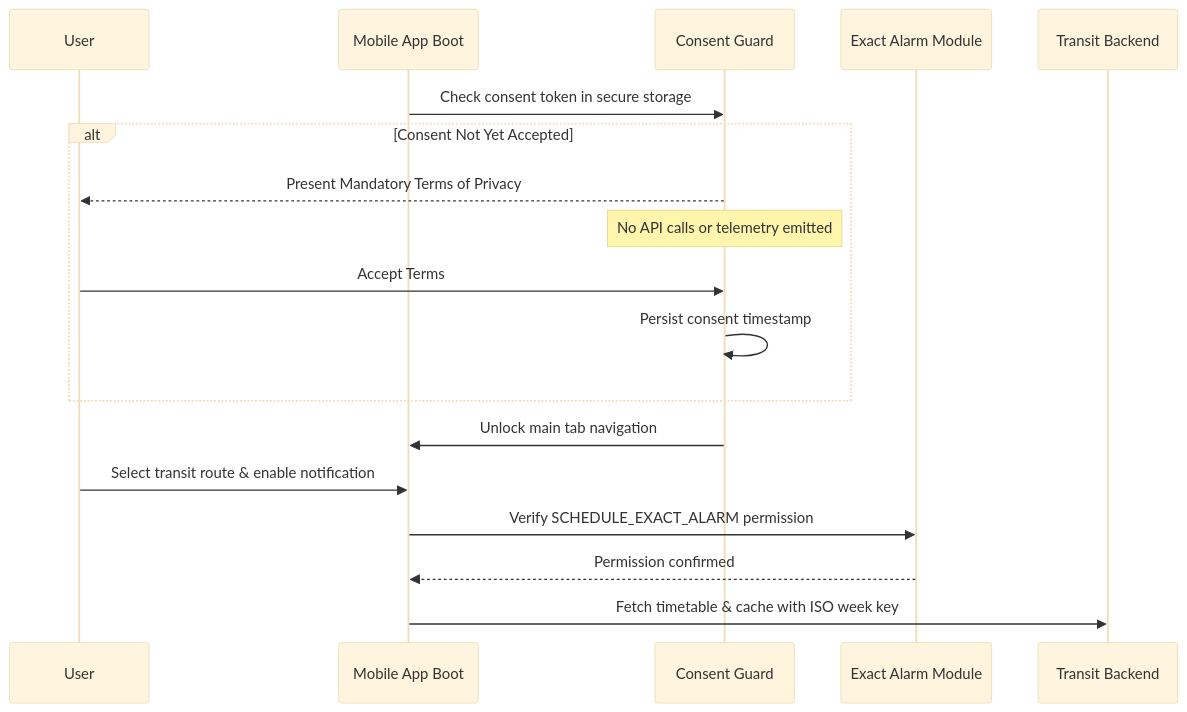
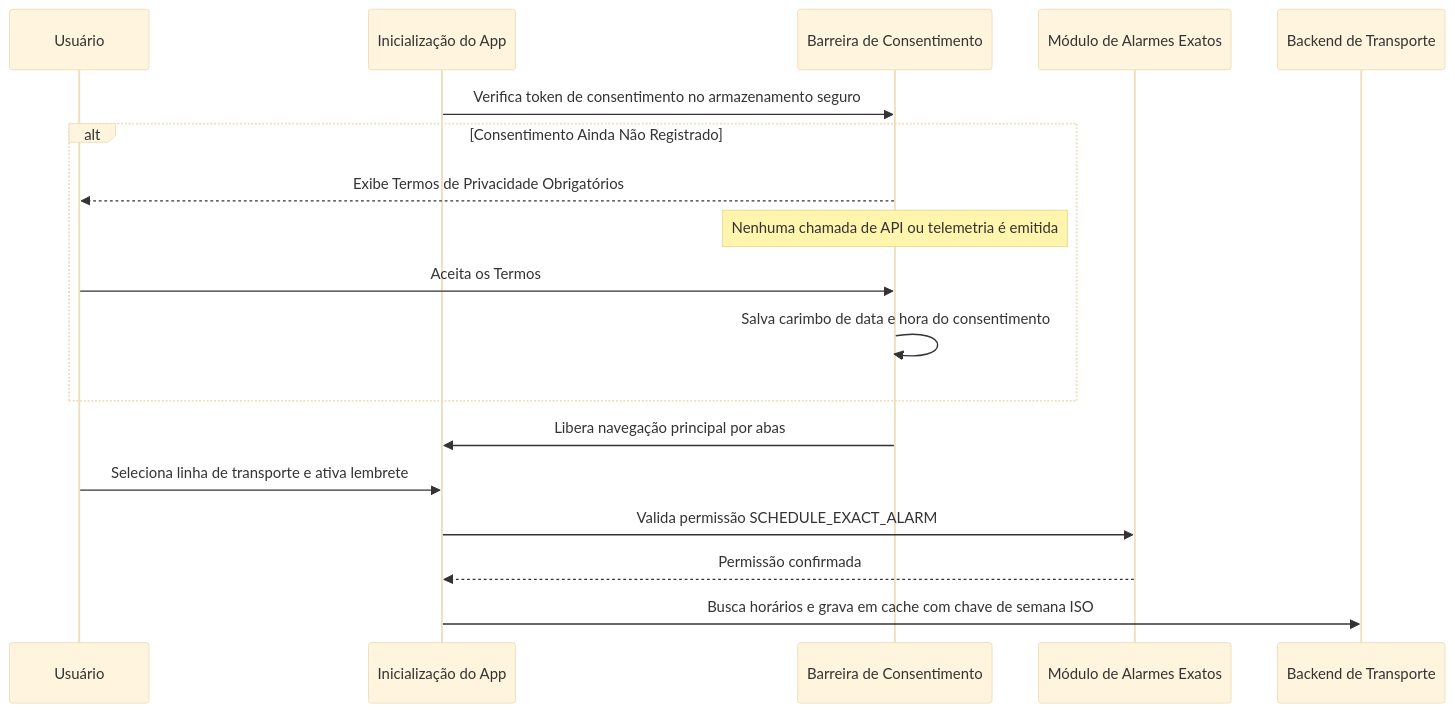
The second of 2 diagrams in mobile-engineering/campus-mobility-transit-app/README.md (Fcsscoder/case-studies), drawn with Mermaid (base theme) before and after one commit. The commit also changed other lines of this file and 21 other files, not shown here.

````diff
--- a/mobile-engineering/campus-mobility-transit-app/README.md
+++ b/mobile-engineering/campus-mobility-transit-app/README.md
@@ -39,21 +39,21 @@
 ```mermaid
 sequenceDiagram
-    participant User as User
-    participant App as Mobile App Boot
-    participant Gate as Consent Guard
-    participant Alarm as Exact Alarm Module
-    participant API as Transit Backend
+    participant User as Usuário
+    participant App as Inicialização do App
+    participant Gate as Barreira de Consentimento
+    participant Alarm as Módulo de Alarmes Exatos
+    participant API as Backend de Transporte
 
-    App->>Gate: Check consent token in secure storage
-    alt Consent Not Yet Accepted
-        Gate-->>User: Present Mandatory Terms of Privacy
-        Note over Gate: No API calls or telemetry emitted
-        User->>Gate: Accept Terms
-        Gate->>Gate: Persist consent timestamp
+    App->>Gate: Verifica token de consentimento no armazenamento seguro
+    alt Consentimento Ainda Não Registrado
+        Gate-->>User: Exibe Termos de Privacidade Obrigatórios
+        Note over Gate: Nenhuma chamada de API ou telemetria é emitida
+        User->>Gate: Aceita os Termos
+        Gate->>Gate: Salva carimbo de data e hora do consentimento
     end
-    Gate->>App: Unlock main tab navigation
-    User->>App: Select transit route & enable notification
-    App->>Alarm: Verify SCHEDULE_EXACT_ALARM permission
-    Alarm-->>App: Permission confirmed
-    App->>API: Fetch timetable & cache with ISO week key
+    Gate->>App: Libera navegação principal por abas
+    User->>App: Seleciona linha de transporte e ativa lembrete
+    App->>Alarm: Valida permissão SCHEDULE_EXACT_ALARM
+    Alarm-->>App: Permissão confirmada
+    App->>API: Busca horários e grava em cache com chave de semana ISO
 ```
````
